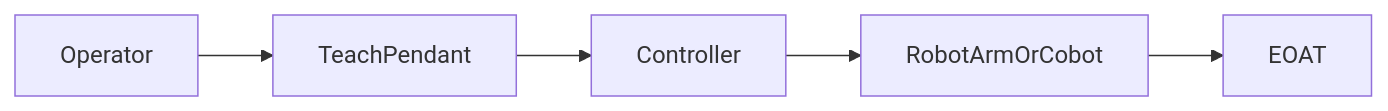
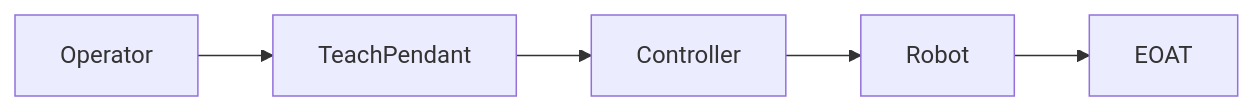
Before and after one commit to girijashankarj/garry-tj-robo-journey: the diagram in docs/_templates/topic.md, drawn with Mermaid. The commit also changed other lines of this file and 70 other files, not shown here.

````diff
--- a/docs/_templates/topic.md
+++ b/docs/_templates/topic.md
@@ -20,9 +23,9 @@
 ```mermaid
 flowchart LR
   operator[Operator]
   pendant[TeachPendant]
   controller[Controller]
-  robot[RobotArmOrCobot]
+  robot[Robot]
   eot[EOAT]
   operator --> pendant --> controller --> robot --> eot
 ```
````
